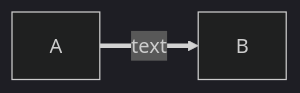
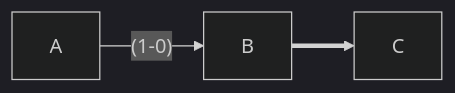
The diagram in lights-sequence.md (kevinclement/sureshot), drawn with Mermaid (dark theme) before and after one commit. The commit also changed other lines of this file, not shown here.

Commit message:
test flow

````diff
--- a/lights-sequence.md
+++ b/lights-sequence.md
@@ -12,4 +12,4 @@
 ```mermaid
 flowchart LR
-   A == text ==> B
+    A -- (1-0) --> B ==> C
 ```
````
